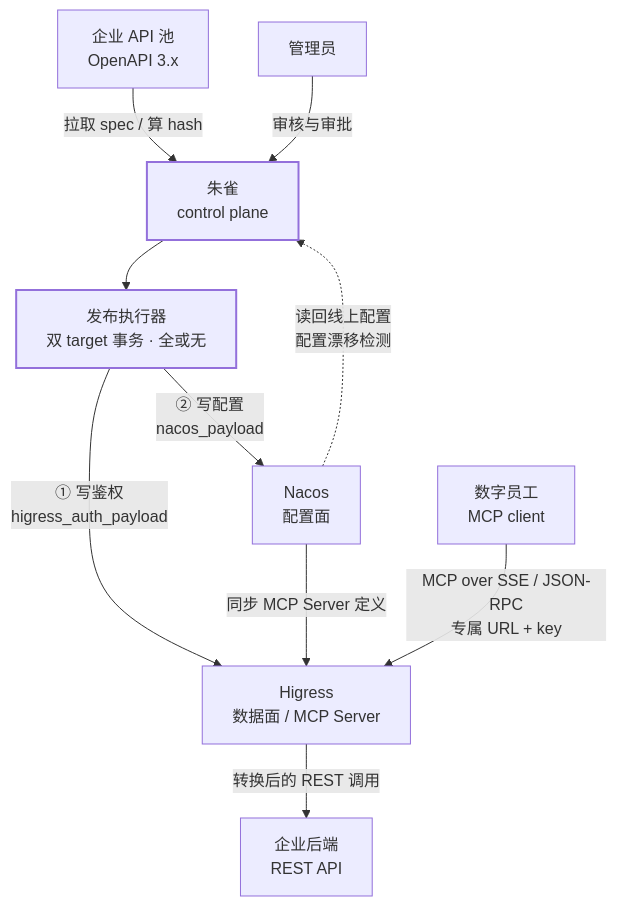
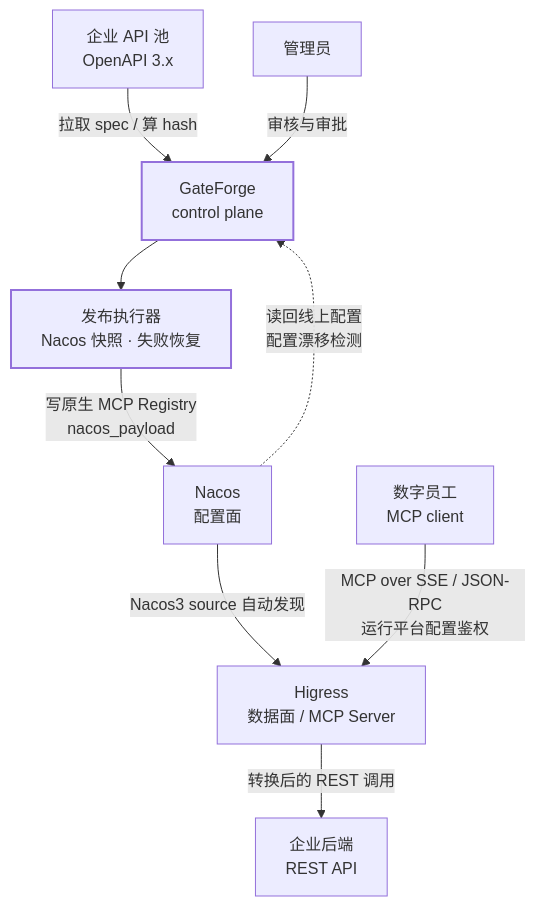
One commit to liuhuo996-del/zhuque changed the first of 4 diagrams in 朱雀-项目介绍.md. Above: the diagram before and after it, drawn with Mermaid. The commit also changed other lines of this file and 58 other files, not shown here.

````diff
--- a/朱雀-项目介绍.md
+++ b/朱雀-项目介绍.md
@@ -63,25 +63,24 @@
 ```mermaid
 flowchart TB
     API["企业 API 池<br/>OpenAPI 3.x"]
     ADMIN["管理员"]
-    ZQ["朱雀<br/>control plane"]
-    PUB["发布执行器<br/>双 target 事务 · 全或无"]
+    ZQ["GateForge<br/>control plane"]
+    PUB["发布执行器<br/>Nacos 快照 · 失败恢复"]
     NACOS["Nacos<br/>配置面"]
     HIGRESS["Higress<br/>数据面 / MCP Server"]
     AGENT["数字员工<br/>MCP client"]
     BACKEND["企业后端<br/>REST API"]
 
     API -->|"拉取 spec / 算 hash"| ZQ
     ADMIN -->|"审核与审批"| ZQ
     NACOS -.->|"读回线上配置<br/>配置漂移检测"| ZQ
     ZQ --> PUB
-    PUB -->|"① 写鉴权<br/>higress_auth_payload"| HIGRESS
-    PUB -->|"② 写配置<br/>nacos_payload"| NACOS
-    NACOS -->|"同步 MCP Server 定义"| HIGRESS
+    PUB -->|"写原生 MCP Registry<br/>nacos_payload"| NACOS
+    NACOS -->|"Nacos3 source 自动发现"| HIGRESS
 
-    AGENT -->|"MCP over SSE / JSON-RPC<br/>专属 URL + key"| HIGRESS
+    AGENT -->|"MCP over SSE / JSON-RPC<br/>运行平台配置鉴权"| HIGRESS
     HIGRESS -->|"转换后的 REST 调用"| BACKEND
 
     classDef control stroke-width:2px
     class ZQ,PUB control
 ```
````
